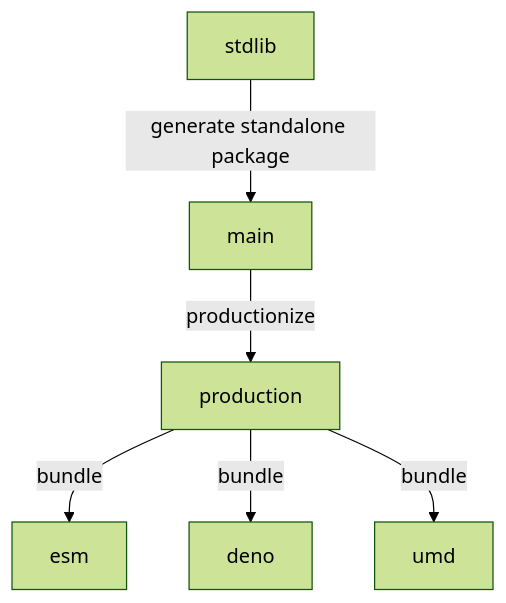
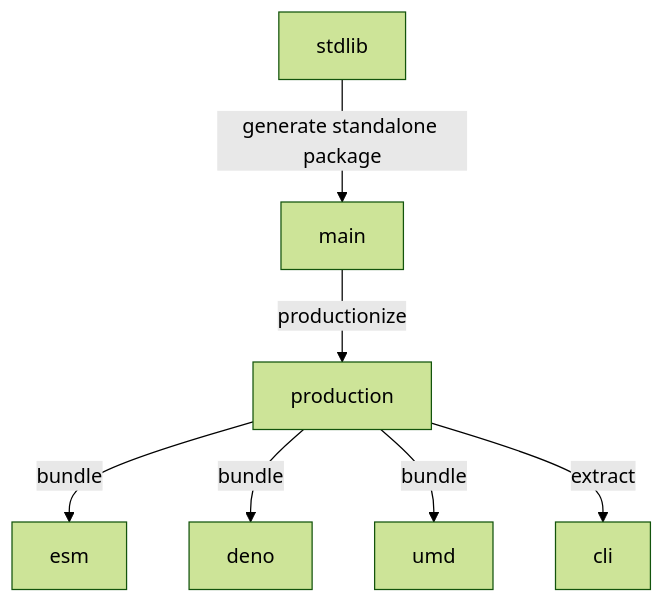
Before and after one commit to stdlib-js/repl: the diagram in branches.md, drawn with Mermaid (forest theme). The commit also changed other lines of this file and 14 other files, not shown here.

````diff
--- a/branches.md
+++ b/branches.md
@@ -33,15 +34,17 @@
 ```mermaid
 graph TD;
 A[stdlib]-->|generate standalone package|B;
 B[main] -->|productionize| C[production];
 C -->|bundle| D[esm];
 C -->|bundle| E[deno];
 C -->|bundle| F[umd];
+C -->|extract| G[cli];
 
-click A href "https://github.com/stdlib-js/stdlib/tree/develop/lib/node_modules/%40stdlib/repl"
-click B href "https://github.com/stdlib-js/repl/tree/main"
-click C href "https://github.com/stdlib-js/repl/tree/production"
-click D href "https://github.com/stdlib-js/repl/tree/esm"
-click E href "https://github.com/stdlib-js/repl/tree/deno"
-click F href "https://github.com/stdlib-js/repl/tree/umd"
+%% click A href "https://github.com/stdlib-js/stdlib/tree/develop/lib/node_modules/%40stdlib/repl"
+%% click B href "https://github.com/stdlib-js/repl/tree/main"
+%% click C href "https://github.com/stdlib-js/repl/tree/production"
+%% click D href "https://github.com/stdlib-js/repl/tree/esm"
+%% click E href "https://github.com/stdlib-js/repl/tree/deno"
+%% click F href "https://github.com/stdlib-js/repl/tree/umd"
+%% click G href "https://github.com/stdlib-js/repl/tree/cli"
 ```
````
